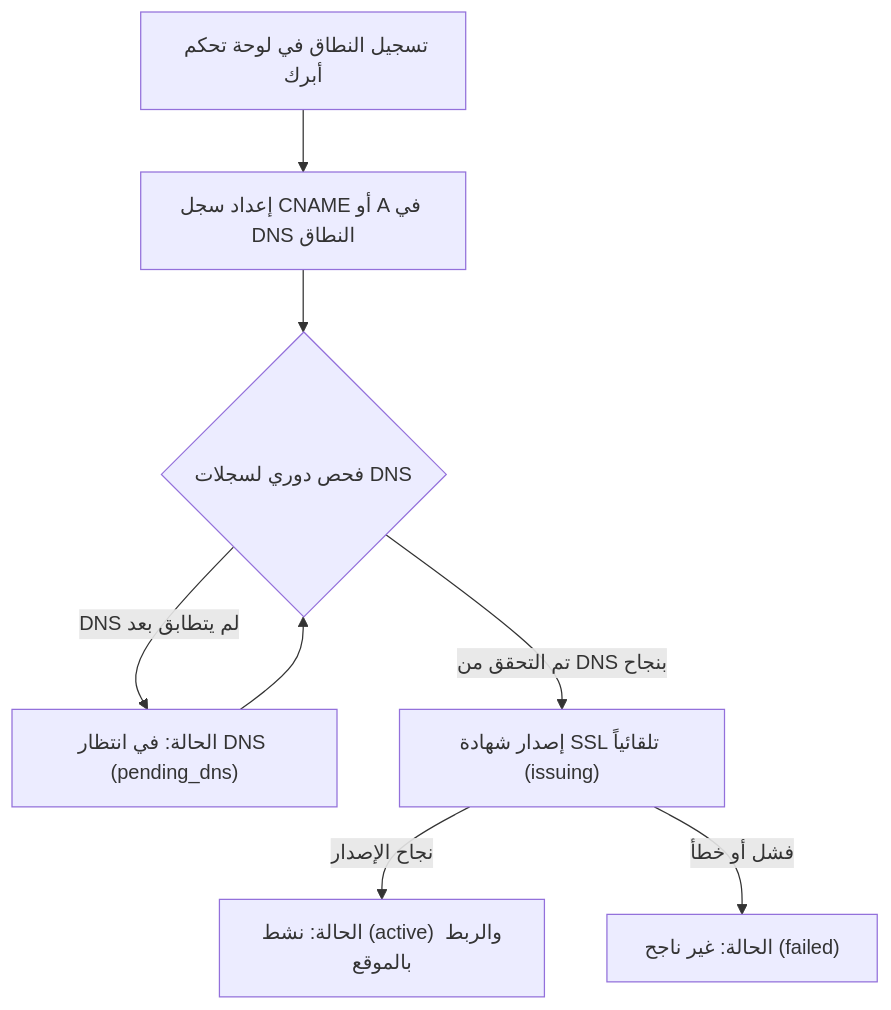
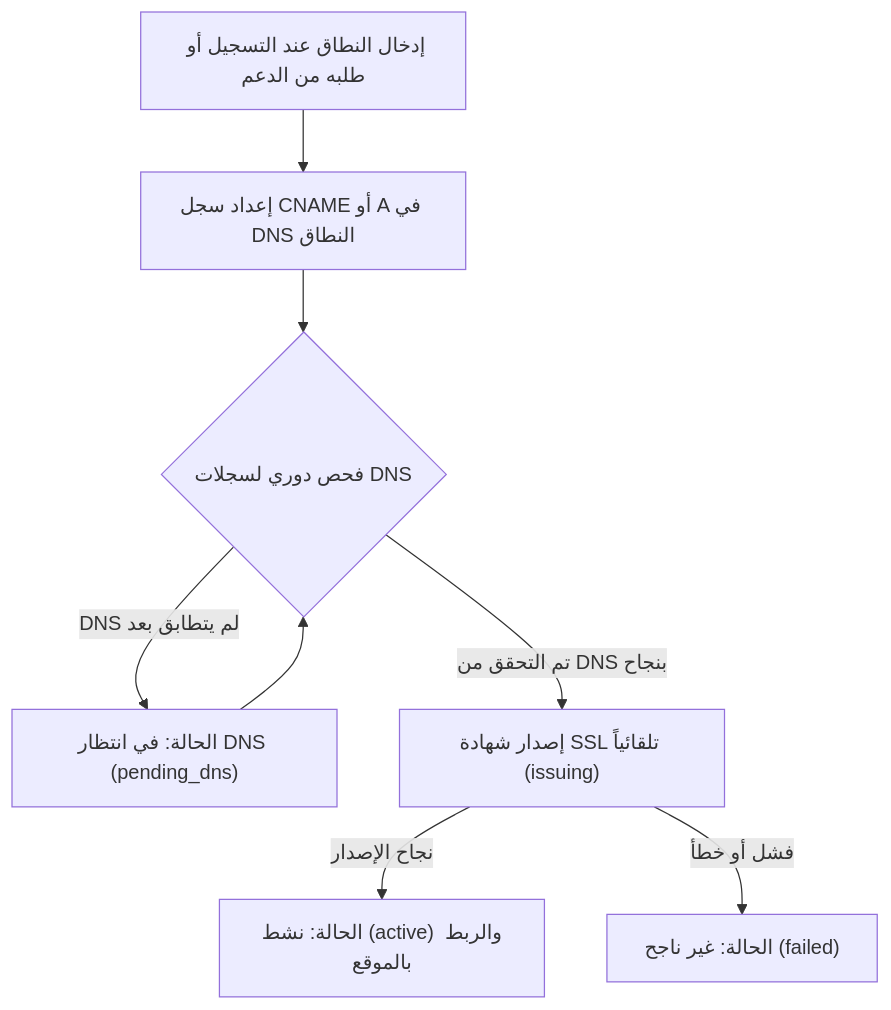
Before and after one commit to abrakorg/abrak-docs: the diagram in ar/custom-domain.md, drawn with Mermaid. The commit also changed other lines of this file and 3 other files, not shown here.

Commit message:
docs(custom-domain): match the live flow — domain given at sign-up or via support, operator starts and removes, notices from the notification centre + account history (no portal claim) (fa, en, ar, ps)

````diff
--- a/ar/custom-domain.md
+++ b/ar/custom-domain.md
@@ -23,10 +23,10 @@
 ```mermaid
 flowchart TD
-    A["تسجيل النطاق في لوحة تحكم أبرك"] --> B["إعداد سجل CNAME أو A في DNS النطاق"]
+    A["إدخال النطاق عند التسجيل أو طلبه من الدعم"] --> B["إعداد سجل CNAME أو A في DNS النطاق"]
     B --> C{"فحص دوري لسجلات DNS"}
     C -- "DNS لم يتطابق بعد" --> D["الحالة: في انتظار DNS (pending_dns)"]
     D --> C
     C -- "تم التحقق من DNS بنجاح" --> E["إصدار شهادة SSL تلقائياً (issuing)"]
     E -- "نجاح الإصدار" --> F["الحالة: نشط (active) والربط بالموقع"]
     E -- "فشل أو خطأ" --> G["الحالة: غير ناجح (failed)"]
 ```
````
